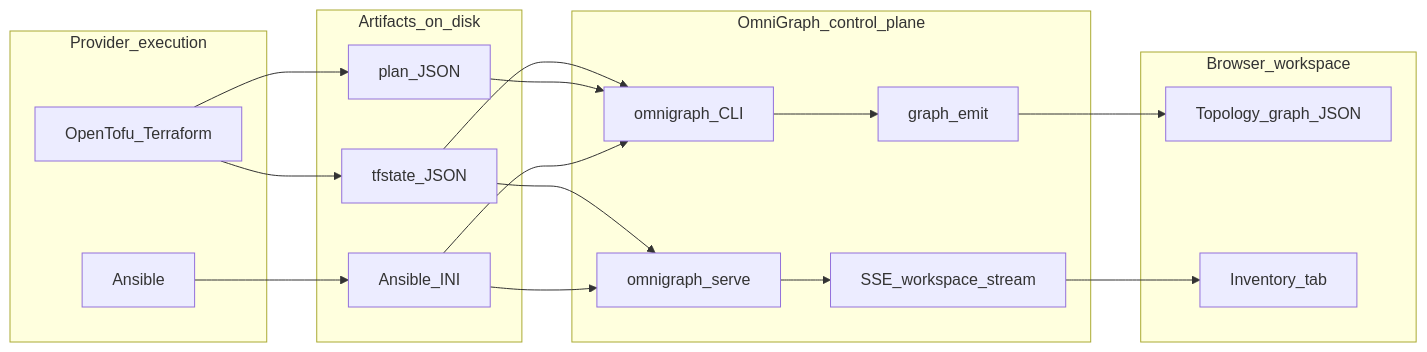
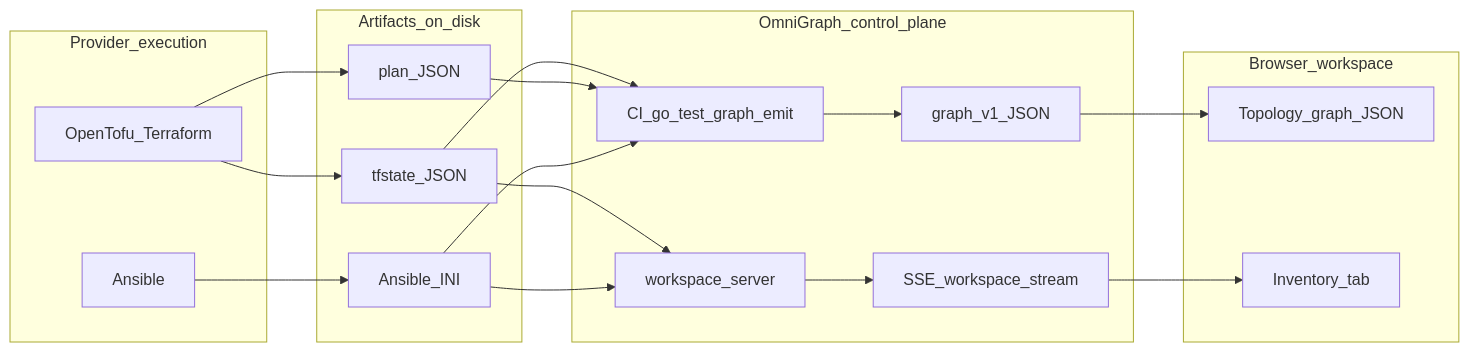
The diagram in docs/core-concepts/data-handoff.md (kennetholsenatm-gif/OmniGraph), drawn with Mermaid before and after one commit. The commit also changed other lines of this file and 86 other files, not shown here.

First line of the commit message:
feat: human-centric narrative and workspace-server-only control plane

````diff
--- a/docs/core-concepts/data-handoff.md
+++ b/docs/core-concepts/data-handoff.md
@@ -11,34 +11,34 @@
 ```mermaid
 flowchart LR
   subgraph providers [Provider_execution]
     TF[OpenTofu_Terraform]
     AN[Ansible]
   end
   subgraph artifacts [Artifacts_on_disk]
     ST[tfstate_JSON]
     PL[plan_JSON]
     INV[Ansible_INI]
   end
   subgraph control [OmniGraph_control_plane]
-    CLI[omnigraph_CLI]
-    EMIT[graph_emit]
-    SRV[omnigraph_serve]
+    CIEMIT[CI_go_test_graph_emit]
+    EMIT[graph_v1_JSON]
+    SRV[workspace_server]
     SSE[SSE_workspace_stream]
   end
   subgraph browser [Browser_workspace]
     TOP[Topology_graph_JSON]
     INVUI[Inventory_tab]
   end
   TF --> ST
   TF --> PL
   AN --> INV
-  ST --> CLI
-  PL --> CLI
-  INV --> CLI
-  CLI --> EMIT
+  ST --> CIEMIT
+  PL --> CIEMIT
+  INV --> CIEMIT
+  CIEMIT --> EMIT
   EMIT --> TOP
   ST --> SRV
   INV --> SRV
   SRV --> SSE
   SSE --> INVUI
 ```
````
